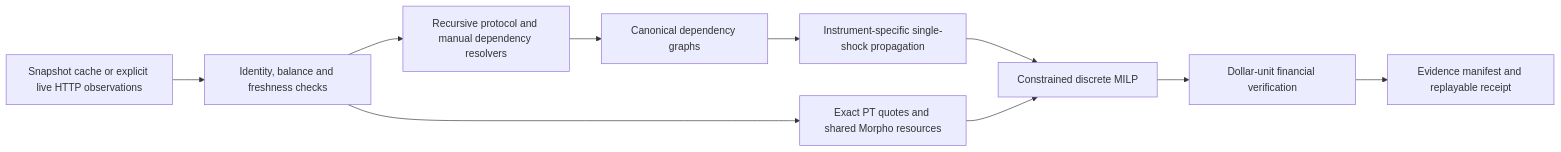
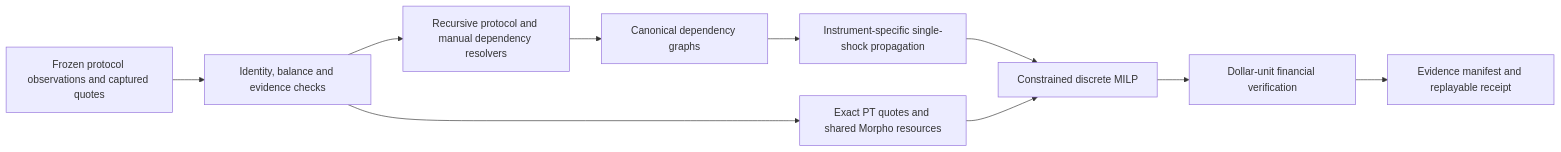
Before and after one commit to adamew1/blast-radius: the diagram in README.md, drawn with Mermaid. The commit also changed other lines of this file and 38 other files, not shown here.

````diff
--- a/README.md
+++ b/README.md
@@ -189,12 +166,12 @@
 ```mermaid
 flowchart LR
-    A[Snapshot cache or explicit live HTTP observations] --> B[Identity, balance and freshness checks]
+    A[Frozen protocol observations and captured quotes] --> B[Identity, balance and evidence checks]
     B --> C[Recursive protocol and manual dependency resolvers]
     C --> D[Canonical dependency graphs]
     D --> E[Instrument-specific single-shock propagation]
     B --> F[Exact PT quotes and shared Morpho resources]
     E --> G[Constrained discrete MILP]
     F --> G
     G --> H[Dollar-unit financial verification]
     H --> I[Evidence manifest and replayable receipt]
 ```
````
